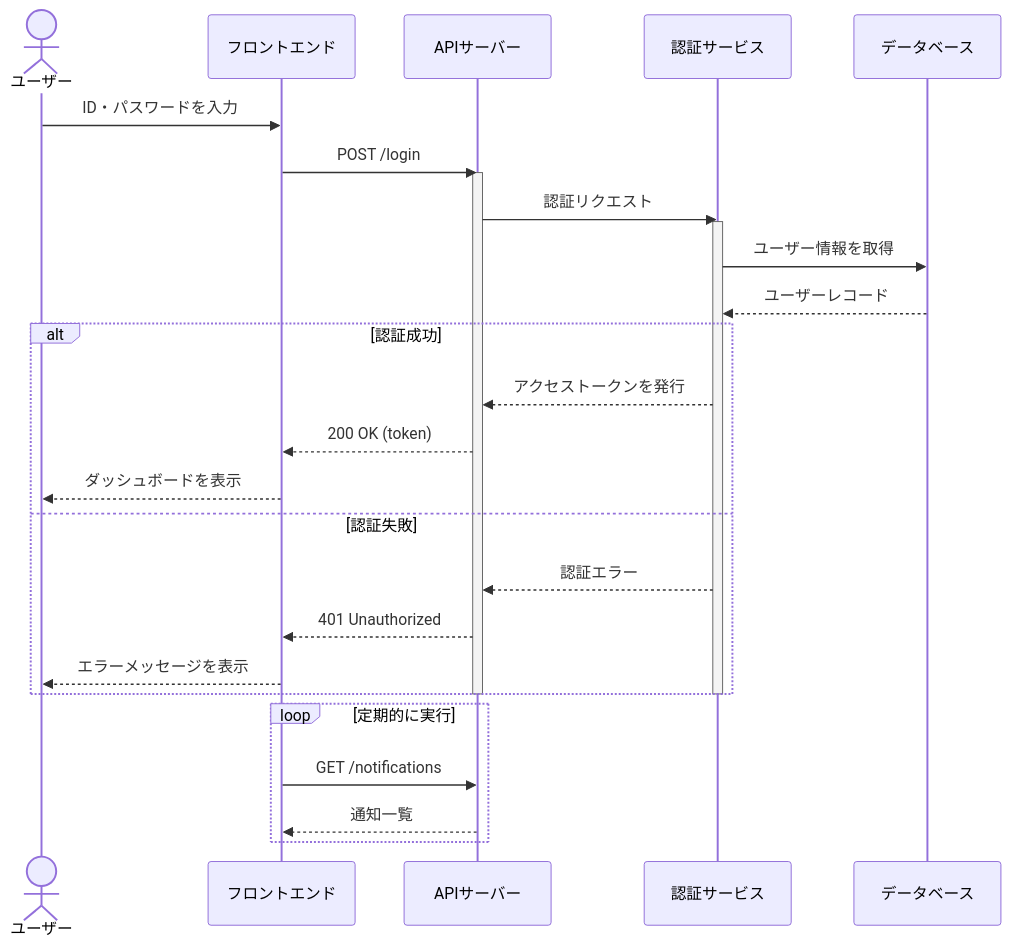
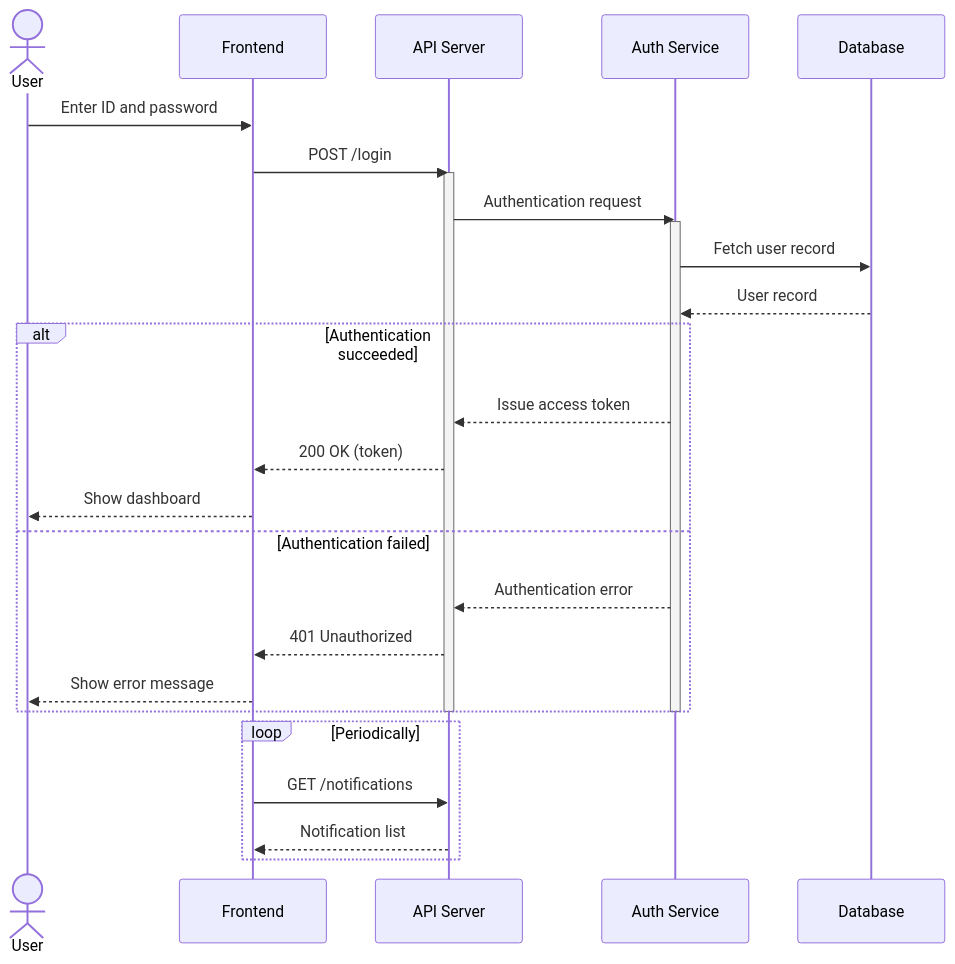
One commit to playree/markdown-design-doc-viewer changed the first of 2 diagrams in examples/login.md. Above: the diagram before and after it, drawn with Mermaid. The commit also changed other lines of this file, not shown here.

````diff
--- a/examples/login.md
+++ b/examples/login.md
@@ -5,35 +5,35 @@
 ```mermaid
 %% @seq-notes
 sequenceDiagram
-    actor User as ユーザー
-    participant FE as フロントエンド
-    participant API as APIサーバー
-    participant Auth as 認証サービス
-    participant DB as データベース
+    actor User
+    participant FE as Frontend
+    participant API as API Server
+    participant Auth as Auth Service
+    participant DB as Database
 
-    User->>FE: ID・パスワードを入力
+    User->>FE: Enter ID and password
     FE->>API: POST /login
     activate API
-    API->>Auth: 認証リクエスト
+    API->>Auth: Authentication request
     activate Auth
-    Auth->>DB: ユーザー情報を取得
-    DB-->>Auth: ユーザーレコード
+    Auth->>DB: Fetch user record
+    DB-->>Auth: User record
 
-    alt 認証成功
-        %% @ref トークン発行
-        Auth-->>API: アクセストークンを発行
+    alt Authentication succeeded
+        %% @ref Token issuance
+        Auth-->>API: Issue access token
         API-->>FE: 200 OK (token)
-        FE-->>User: ダッシュボードを表示
-    else 認証失敗
-        Auth-->>API: 認証エラー
+        FE-->>User: Show dashboard
+    else Authentication failed
+        Auth-->>API: Authentication error
         API-->>FE: 401 Unauthorized
-        FE-->>User: エラーメッセージを表示
+        FE-->>User: Show error message
     end
     deactivate Auth
     deactivate API
 
-    loop 定期的に実行
+    loop Periodically
         FE->>API: GET /notifications
-        API-->>FE: 通知一覧
+        API-->>FE: Notification list
     end
 ```
````
